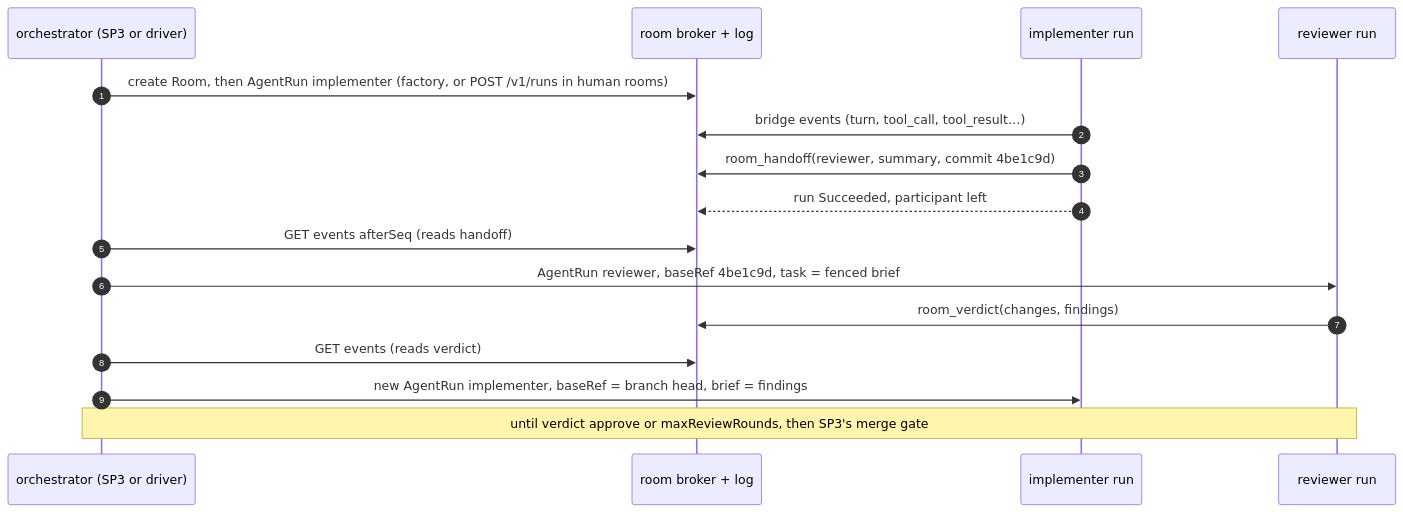
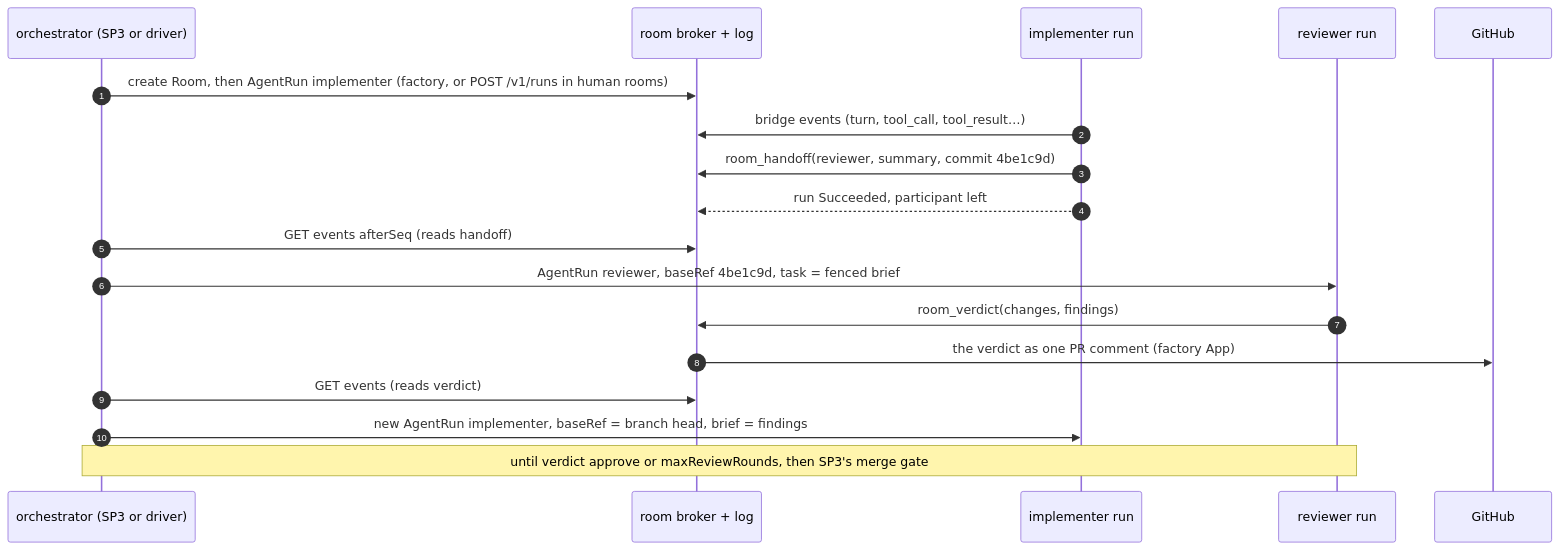
The third of 6 diagrams in docs/superpowers/specs/2026-09-23-agent-collaboration-rooms-design.md (Smana/cloud-native-ref), drawn with Mermaid before and after one commit. The commit also changed other lines of this file and 3 other files, not shown here.

````diff
--- a/docs/superpowers/specs/2026-09-23-agent-collaboration-rooms-design.md
+++ b/docs/superpowers/specs/2026-09-23-agent-collaboration-rooms-design.md
@@ -188,18 +197,20 @@
 ```mermaid
 sequenceDiagram
   autonumber
   participant O as orchestrator (SP3 or driver)
   participant BR as room broker + log
   participant I as implementer run
   participant R as reviewer run
+  participant GH as GitHub
   O->>BR: create Room, then AgentRun implementer (factory, or POST /v1/runs in human rooms)
   I->>BR: bridge events (turn, tool_call, tool_result…)
   I->>BR: room_handoff(reviewer, summary, commit 4be1c9d)
   I-->>BR: run Succeeded, participant left
   O->>BR: GET events afterSeq (reads handoff)
   O->>R: AgentRun reviewer, baseRef 4be1c9d, task = fenced brief
   R->>BR: room_verdict(changes, findings)
+  BR->>GH: the verdict as one PR comment (factory App)
   O->>BR: GET events (reads verdict)
   O->>I: new AgentRun implementer, baseRef = branch head, brief = findings
   Note over O,R: until verdict approve or maxReviewRounds, then SP3's merge gate
 ```
````
